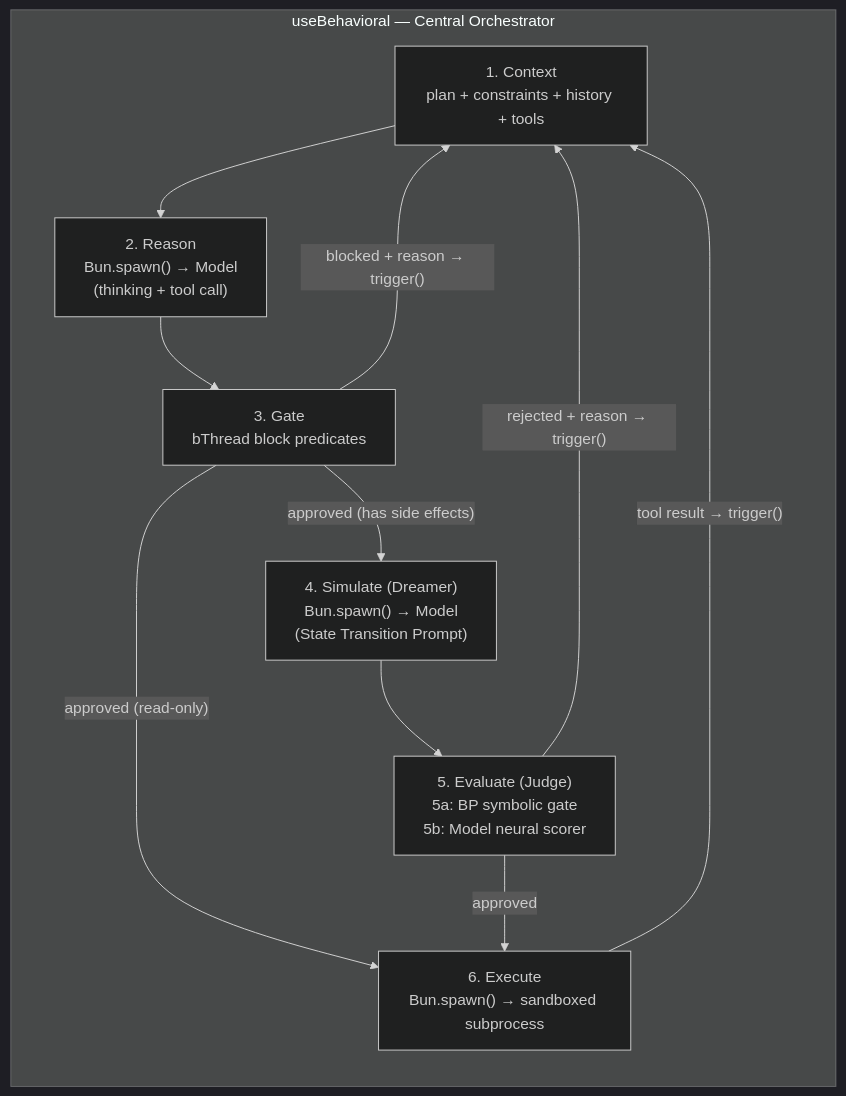
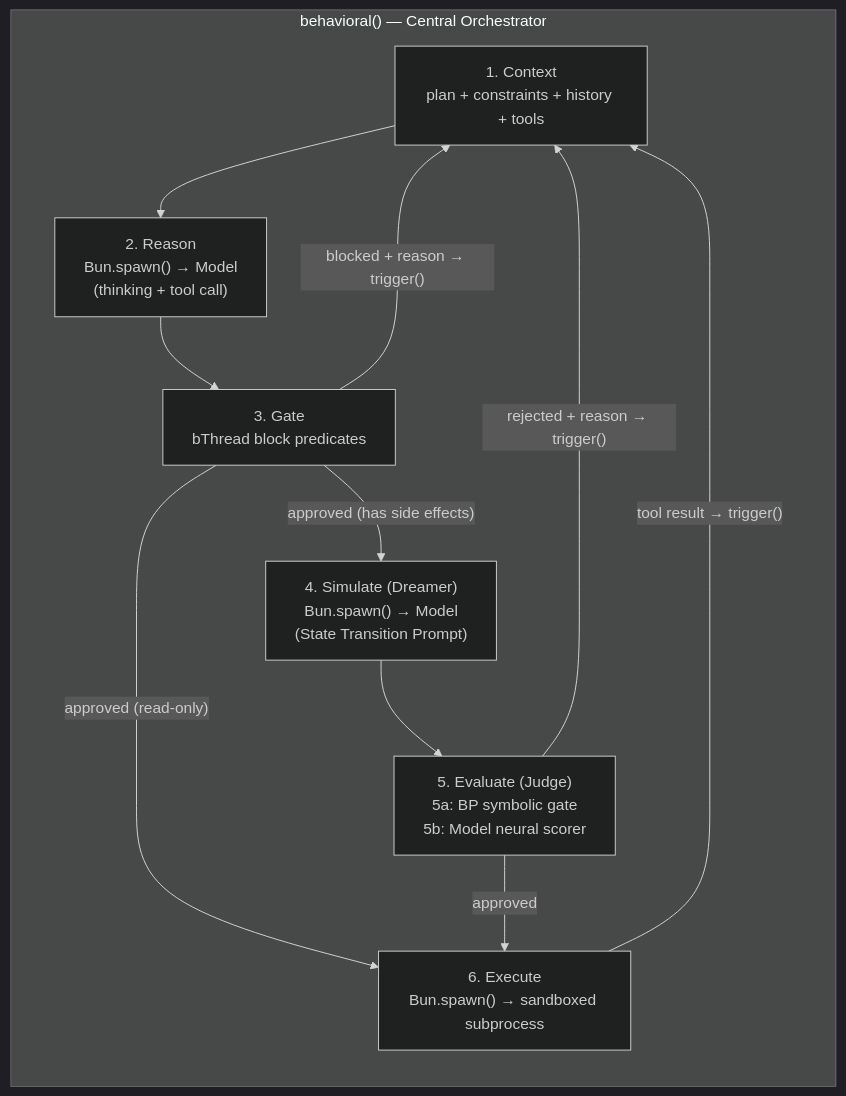
Before and after one commit to plaited/plaited: the first of 3 diagrams in docs/SYSTEM-DESIGN-V3.md, drawn with Mermaid (dark theme). The commit also changed other lines of this file and 236 other files, not shown here.

````diff
--- a/docs/SYSTEM-DESIGN-V3.md
+++ b/docs/SYSTEM-DESIGN-V3.md
@@ -66,23 +66,23 @@
 ```mermaid
 graph LR
-    subgraph BP["useBehavioral — Central Orchestrator"]
+    subgraph BP["behavioral() — Central Orchestrator"]
         CTX["1. Context<br/>plan + constraints + history + tools"]
         REASON["2. Reason<br/>Bun.spawn() → Model<br/>(thinking + tool call)"]
         GATE["3. Gate<br/>bThread block predicates"]
         SIM["4. Simulate (Dreamer)<br/>Bun.spawn() → Model<br/>(State Transition Prompt)"]
         EVAL["5. Evaluate (Judge)<br/>5a: BP symbolic gate<br/>5b: Model neural scorer"]
         EXEC["6. Execute<br/>Bun.spawn() → sandboxed subprocess"]
     end
 
     CTX --> REASON
     REASON --> GATE
 
     GATE -- "blocked + reason → trigger()" --> CTX
     GATE -- "approved (read-only)" --> EXEC
     GATE -- "approved (has side effects)" --> SIM
     SIM --> EVAL
 
     EVAL -- "rejected + reason → trigger()" --> CTX
     EVAL -- "approved" --> EXEC
     EXEC -- "tool result → trigger()" --> CTX
 ```
````
